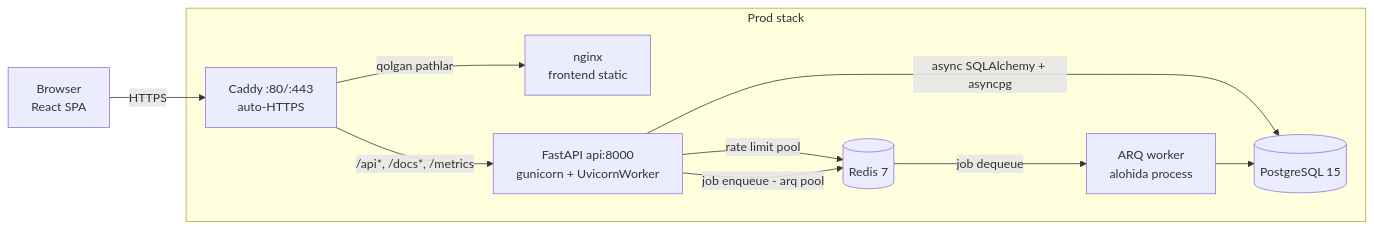
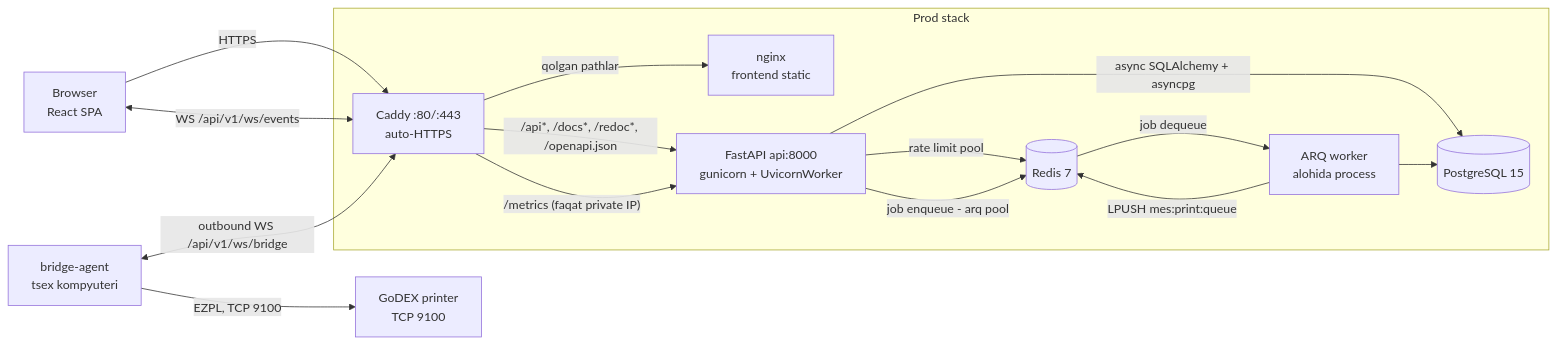
Before and after one commit to jasper2233/mebelix-eko-tizim: the diagram in docs/01-architecture.md, drawn with Mermaid. The commit also changed other lines of this file and 11 other files, not shown here.

````diff
--- a/docs/01-architecture.md
+++ b/docs/01-architecture.md
@@ -74,22 +78,29 @@
 ```mermaid
 flowchart LR
     B[Browser<br/>React SPA]
+    G[bridge-agent<br/>tsex kompyuteri]
+    PR[GoDEX printer<br/>TCP 9100]
 
     subgraph Prod stack
         C[Caddy :80/:443<br/>auto-HTTPS]
         N[nginx<br/>frontend static]
         A[FastAPI api:8000<br/>gunicorn + UvicornWorker]
         W[ARQ worker<br/>alohida process]
         P[(PostgreSQL 15)]
         R[(Redis 7)]
     end
 
     B -->|HTTPS| C
-    C -->|"/api*, /docs*, /metrics"| A
+    B <-->|"WS /api/v1/ws/events"| C
+    G <-->|"outbound WS /api/v1/ws/bridge"| C
+    G -->|"EZPL, TCP 9100"| PR
+    C -->|"/api*, /docs*, /redoc*, /openapi.json"| A
+    C -->|"/metrics (faqat private IP)"| A
     C -->|qolgan pathlar| N
     A -->|async SQLAlchemy + asyncpg| P
     A -->|rate limit pool| R
     A -->|job enqueue - arq pool| R
     R -->|job dequeue| W
+    W -->|"LPUSH mes:print:queue"| R
     W --> P
 ```
````
